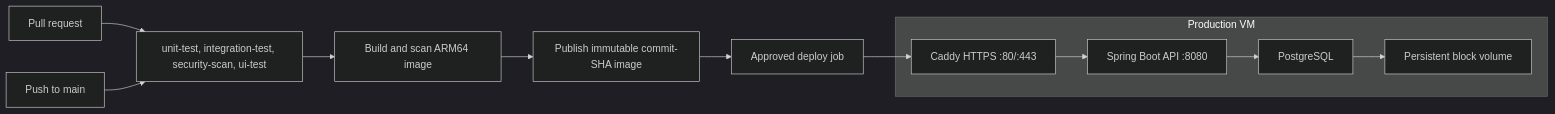
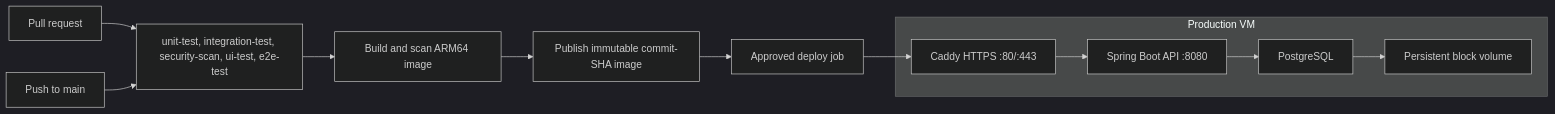
The diagram in docs/devops/ci-cd.md (kyledelfin2006/libro-library-system), drawn with Mermaid (dark theme) before and after one commit. The commit also changed other lines of this file and 8 other files, not shown here.

````diff
--- a/docs/devops/ci-cd.md
+++ b/docs/devops/ci-cd.md
@@ -19,14 +19,14 @@
 ```mermaid
 flowchart LR
-    PR[Pull request] --> CI[unit-test, integration-test, security-scan, ui-test]
+    PR[Pull request] --> CI[unit-test, integration-test, security-scan, ui-test, e2e-test]
     Main[Push to main] --> CI
     CI --> Image[Build and scan ARM64 image]
     Image --> Registry[Publish immutable commit-SHA image]
     Registry --> Deploy[Approved deploy job]
     subgraph VM[Production VM]
         Caddy[Caddy HTTPS :80/:443] --> API[Spring Boot API :8080]
         API --> DB[PostgreSQL]
         DB --> Volume[Persistent block volume]
     end
     Deploy --> Caddy
 ```
````
